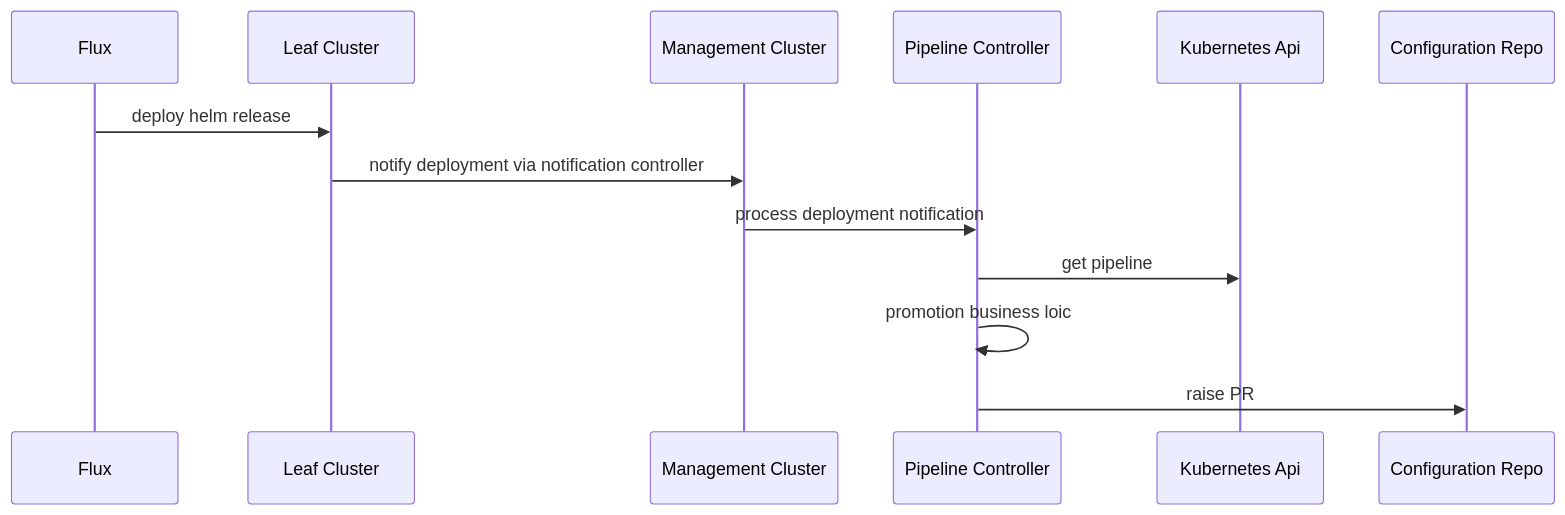
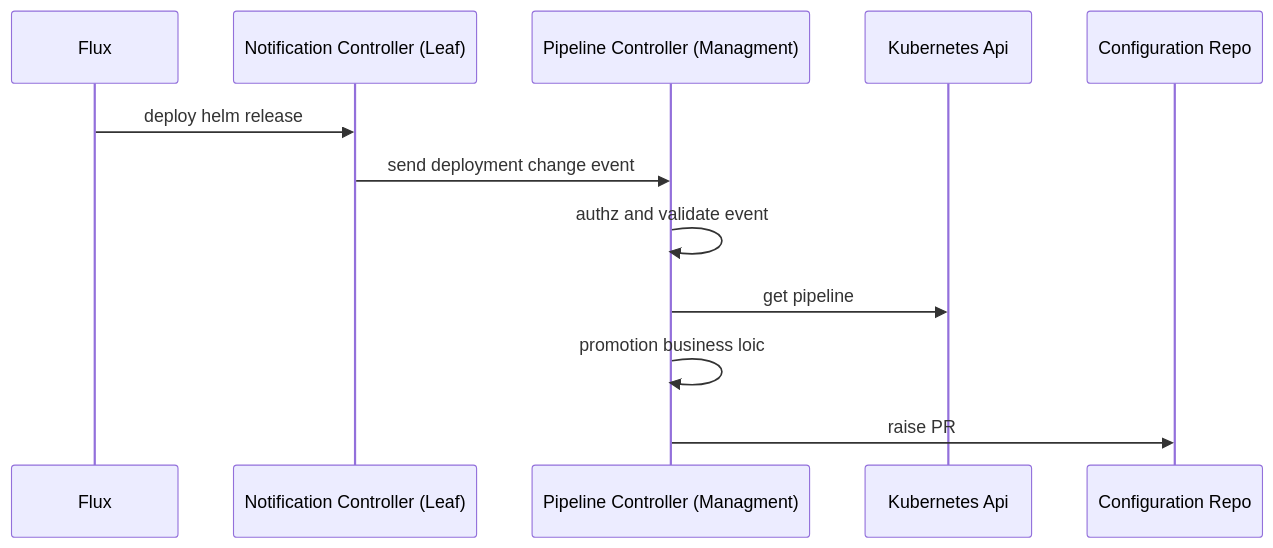
Before and after one commit to weaveworks/weave-gitops-private: the first of 4 diagrams in docs/rfcs/0003-pipelines-promotion/README.md, drawn with Mermaid. The commit also changed other lines of this file, not shown here.

````diff
--- a/docs/rfcs/0003-pipelines-promotion/README.md
+++ b/docs/rfcs/0003-pipelines-promotion/README.md
@@ -47,16 +45,15 @@
 ```mermaid
    sequenceDiagram
     participant F as Flux
-    participant LC as Leaf Cluster
-    participant MC as Management Cluster
+    participant LC as Notification Controller (Leaf)
     F->>LC: deploy helm release
-    LC->>MC: notify deployment via notification controller    
-    MC->>pc: process deployment notification
-    participant pc as Pipeline Controller
+    LC->>pc: send deployment change event
+    participant pc as Pipeline Controller (Managment)
+    pc->>pc: authz and validate event
     participant k8s as Kubernetes Api
     pc->>k8s: get pipeline
     pc->>pc: promotion business loic
     participant k8s as Kubernetes Api
     pc->>configRepo: raise PR
     participant configRepo as Configuration Repo
 ```
````
